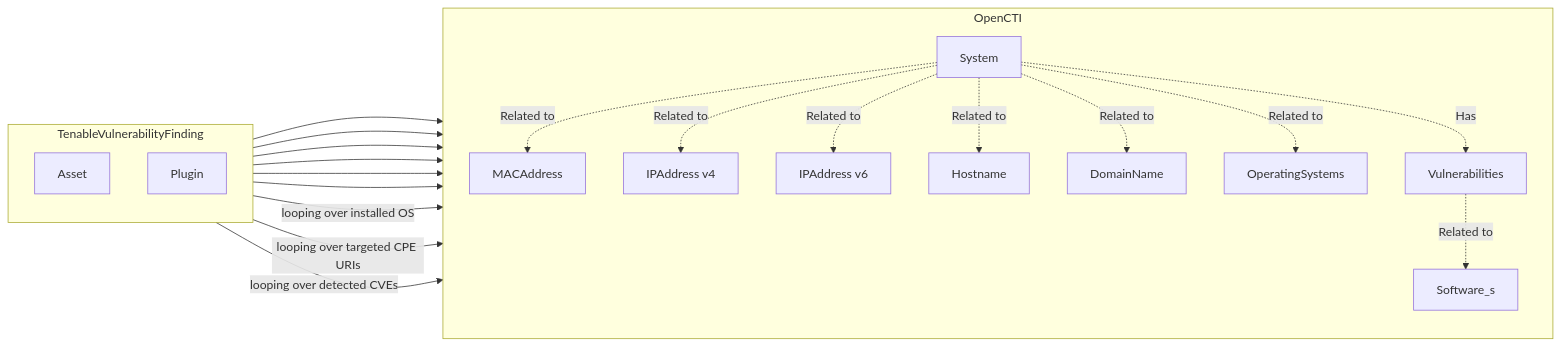
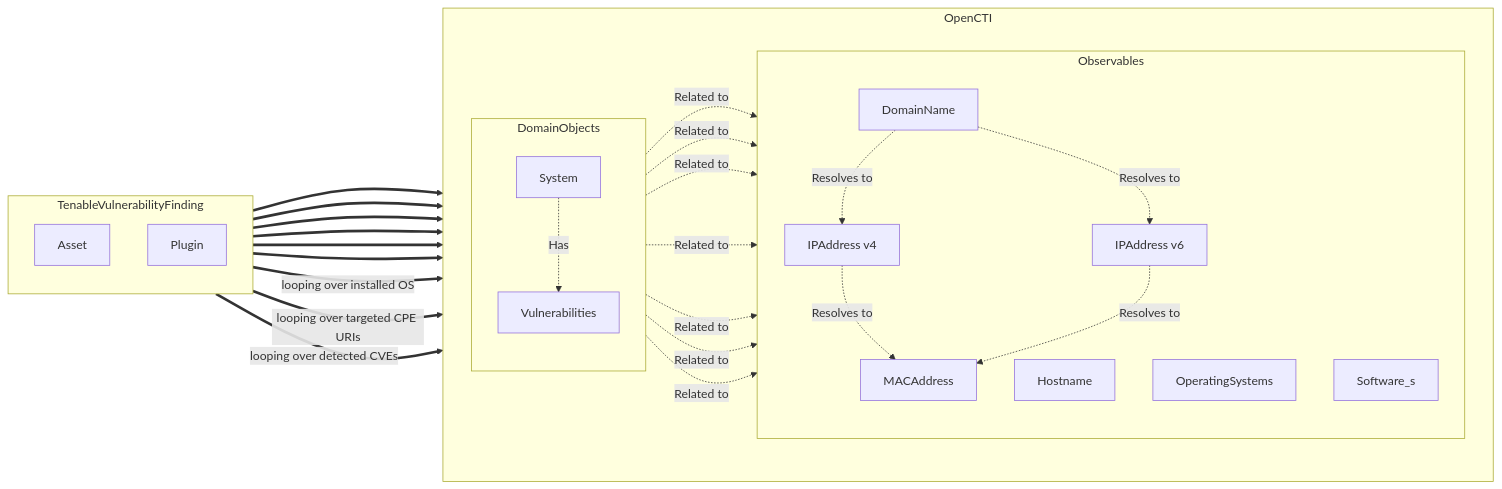
One commit to OpenCTI-Platform/connectors changed the first of 2 diagrams in external-import/tenable-vuln-management/README.md. Above: the diagram before and after it, drawn with Mermaid.

Commit message:
doc: update doc with inter observable relationships

````diff
--- a/external-import/tenable-vuln-management/README.md
+++ b/external-import/tenable-vuln-management/README.md
@@ -130,38 +130,48 @@
 ```mermaid
 graph LR
     subgraph TenableVulnerabilityFinding
         direction TB
         TenableAsset[Asset]
         TenablePlugin[Plugin]
     end
 
     subgraph OpenCTI
-        direction TB
-        OpenCTISystem[System]
-        OpenCTIMACAddress[MACAddress]
-        OpenCTIPv4Address[IPAddress v4]
-        OpenCTIPv6Address[IPAddress v6]
-        OpenCTIHostname[Hostname]
-        OpenCTIDomainName[DomainName]
-        OpenCTIOperatingSystem[OperatingSystems]
-        OpenCTISoftware[Software_s]
-        OpenCTIVulnerability[Vulnerabilities]
+        direction LR
+        subgraph DomainObjects
+            direction TB
+            OpenCTISystem[System]
+            OpenCTIVulnerability[Vulnerabilities]
+        end
+
+        subgraph Observables
+            direction TB
+            OpenCTIMACAddress[MACAddress]
+            OpenCTIPv4Address[IPAddress v4]
+            OpenCTIPv6Address[IPAddress v6]
+            OpenCTIHostname[Hostname]
+            OpenCTIDomainName[DomainName]
+            OpenCTIOperatingSystem[OperatingSystems]
+            OpenCTISoftware[Software_s]
+        
+        end
+        %% OpenCTIMACAddress ~~~ OpenCTIPv4Address
     end
 
     %% Asset generates System and Observables
-    TenableAsset --> OpenCTISystem & OpenCTIMACAddress & OpenCTIPv4Address & OpenCTIPv6Address & OpenCTIHostname & OpenCTIDomainName
-    TenableAsset-->|looping over installed OS| OpenCTIOperatingSystem
+    TenableAsset ==> OpenCTISystem & OpenCTIMACAddress & OpenCTIPv4Address & OpenCTIPv6Address & OpenCTIHostname & OpenCTIDomainName
+    TenableAsset==>|looping over installed OS| OpenCTIOperatingSystem
 
     %% Plugin generates Software and Vulnerability
-    TenablePlugin -->|looping over targeted CPE URIs| OpenCTISoftware
-    TenablePlugin -->|looping over detected CVEs| OpenCTIVulnerability
+    TenablePlugin ==>|looping over targeted CPE URIs| OpenCTISoftware
+    TenablePlugin ==>|looping over detected CVEs| OpenCTIVulnerability
 
     %% Relationships between System and Observables
     OpenCTISystem -.-> |"Related to"| OpenCTIMACAddress & OpenCTIPv4Address & OpenCTIPv6Address & OpenCTIHostname & OpenCTIDomainName & OpenCTIOperatingSystem
-
+    %% Relationships between observables
+    OpenCTIDomainName -.->|"Resolves to"| OpenCTIPv4Address & OpenCTIPv6Address -.->|"Resolves to"| OpenCTIMACAddress
+    
     %% Relationships between Vulnerabilities and Software
     OpenCTIVulnerability -.-> |"Related to"| OpenCTISoftware
 
     OpenCTISystem -.-> |"Has"| OpenCTIVulnerability
-
 ```
````
